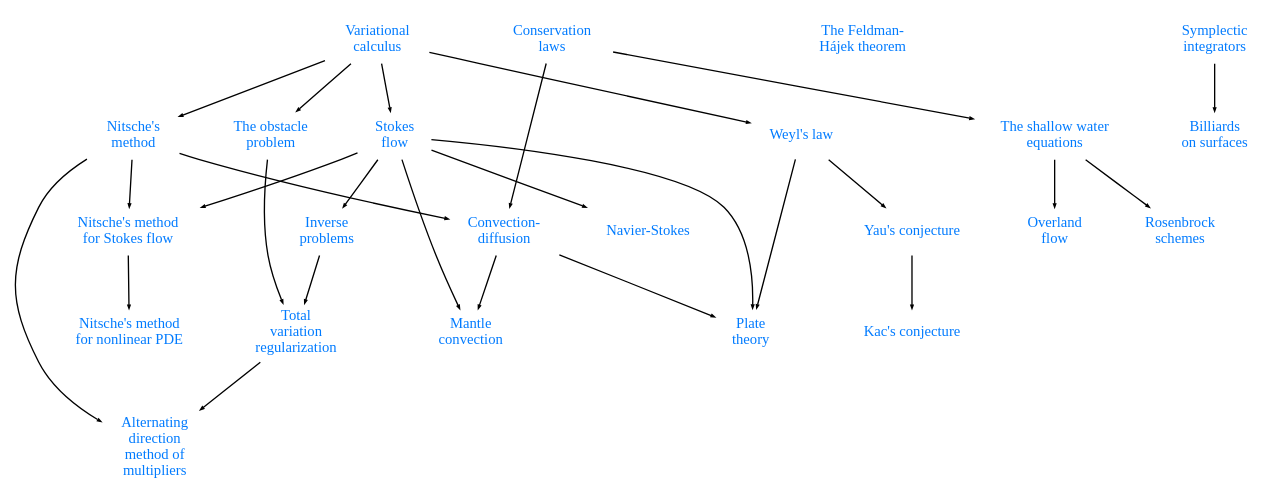
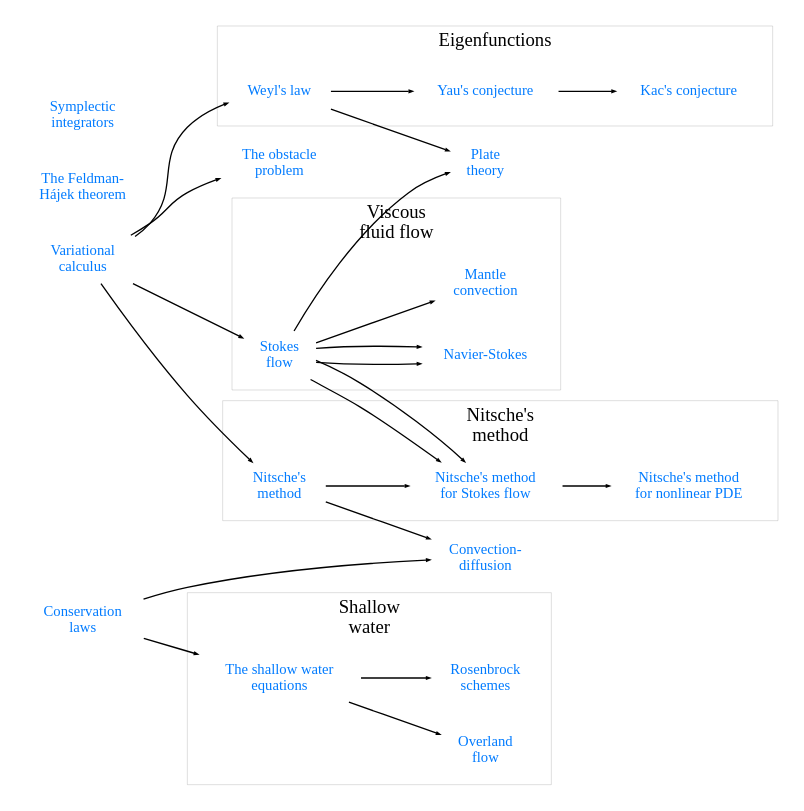
One commit to danshapero/danshapero.github.io changed the diagram in index.rst. Above: the diagram before and after it, drawn with Graphviz. The commit also changed 56 other files, not shown here.

```diff
--- a/index.rst
+++ b/index.rst
@@ -17,6 +17,7 @@
 .. graphviz::
 
     digraph posts {
+        rankdir="LR";
         node [shape="plaintext", fontcolor="#007bff", fontsize="11"];
         edge [arrowsize=0.25];
 
@@ -34,18 +35,50 @@
         convection_diffusion [label="Convection-\ndiffusion", href="/posts/convection-diffusion/"];
         mantle_convection [label="Mantle\nconvection", href="/posts/mantle-convection/"];
         plate_theory [label="Plate\ntheory", href="/posts/plate-theory/"];
-        inverse_problems [label="Inverse\nproblems", href="/posts/inverse-problems"];
+        // inverse_problems [label="Inverse\nproblems", href="/posts/inverse-problems"];
         feldman_hajek [label="The Feldman-\nHájek theorem", href="/posts/feldman-hajek"];
-        total_variation [label="Total\nvariation\nregularization", href="/posts/total-variation"];
-        admm [label="Alternating\ndirection\nmethod of\nmultipliers", href="/posts/admm"];
+        // total_variation [label="Total\nvariation\nregularization", href="/posts/total-variation"];
+        // admm [label="Alternating\ndirection\nmethod of\nmultipliers", href="/posts/admm"];
         shallow_water [label="The shallow water\nequations", href="/posts/shallow-water/"];
         overland_flow [label="Overland\nflow", href="/posts/overland-flow/"];
         rosenbrock [label="Rosenbrock\nschemes", href="/posts/rosenbrock/"];
         // langevin [label="Langevin\nMonte\nCarlo", href="/posts/langevin-mcmc/"];
         symplectic [label="Symplectic\nintegrators", href="/posts/symplectic-integrators/"];
-        billiards [label="Billiards\non surfaces", href="/posts/surface-billiards/"];
+        // billiards [label="Billiards\non surfaces", href="/posts/surface-billiards/"];
 
         {rank=same; calc, conservation_laws};
+
+        subgraph cluster_nitsche {
+            label="Nitsche's\nmethod";
+            penwidth=0.1;
+            nitsche -> nitsche_stokes;
+            nitsche_stokes -> nitsche_nonlinear;
+        }
+
+        subgraph cluster_eigen {
+            label="Eigenfunctions";
+            penwidth=0.1;
+            weyl -> yau;
+            yau -> kac;
+        }
+
+        subgraph cluster_viscous {
+            label="Viscous\nfluid flow";
+            penwidth=0.1;
+            stokes -> karman;
+            stokes -> mantle_convection;
+        }
+
+        subgraph cluster_shallow_water {
+            label="Shallow\nwater";
+            penwidth=0.1;
+            shallow_water -> rosenbrock;
+            shallow_water -> overland_flow;
+        }
+
+        conservation_laws -> convection_diffusion;
+        conservation_laws -> shallow_water;
+        stokes -> nitsche_stokes;
 
         calc -> weyl;
         calc -> stokes;
@@ -53,25 +86,14 @@
         calc -> obstacle;
         stokes -> nitsche_stokes;
         stokes -> karman;
-        stokes -> inverse_problems;
-        inverse_problems -> total_variation;
-        nitsche -> admm;
-        total_variation -> admm;
+        // stokes -> inverse_problems;
+        // inverse_problems -> total_variation;
+        // nitsche -> admm;
+        // total_variation -> admm;
         // inverse_problems -> langevin;
-        obstacle -> total_variation;
-        weyl -> yau;
-        yau -> kac;
-        nitsche -> nitsche_stokes;
-        nitsche_stokes -> nitsche_nonlinear;
-        conservation_laws -> convection_diffusion;
-        conservation_laws -> shallow_water;
-        shallow_water -> rosenbrock;
-        shallow_water -> overland_flow;
+        // obstacle -> total_variation;
         nitsche -> convection_diffusion;
-        convection_diffusion -> mantle_convection;
-        stokes -> mantle_convection;
         weyl -> plate_theory;
         stokes -> plate_theory;
-        convection_diffusion -> plate_theory;
-        symplectic -> billiards;
+        // symplectic -> billiards;
     }
```
